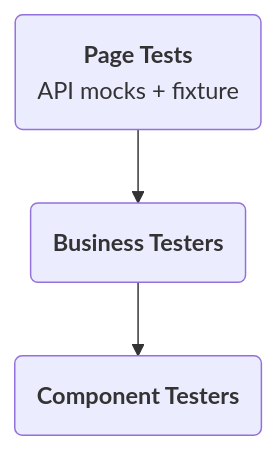
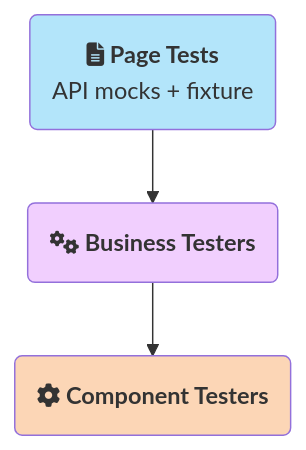
One commit to EthanLin-TWer/blog changed the third of 4 diagrams in _posts/2023-12-10-react-unit-testing-best-practices.md. Above: the diagram before and after it, drawn with Mermaid. The commit also changed other lines of this file, not shown here.

Commit message:
🌞post: beautify architecture diagrams by adding icons

````diff
--- a/_posts/2023-12-10-react-unit-testing-best-practices.md
+++ b/_posts/2023-12-10-react-unit-testing-best-practices.md
@@ -442,9 +442,12 @@
 ```mermaid
 flowchart TB
-  page_tests("<b>Page Tests</b><br/>API mocks + fixture")
-  business_testers("<b>Business Testers</b>") 
-  testers("<b>Component Testers</b>")
+  page_tests("<b>fa:fa-file-alt Page Tests</b><br/>API mocks + fixture")
+  business_testers("<b>fa:fa-cogs Business Testers</b>") 
+  component_testers("<b>fa:fa-cog Component Testers</b>")
         
-  page_tests --> business_testers
-  business_testers --> testers
+  page_tests --> business_testers --> component_testers
+  
+  style page_tests fill:#B3E5FA
+  style business_testers fill:#F1CFFE
+  style component_testers fill:#FCD6B6
 ```
````
